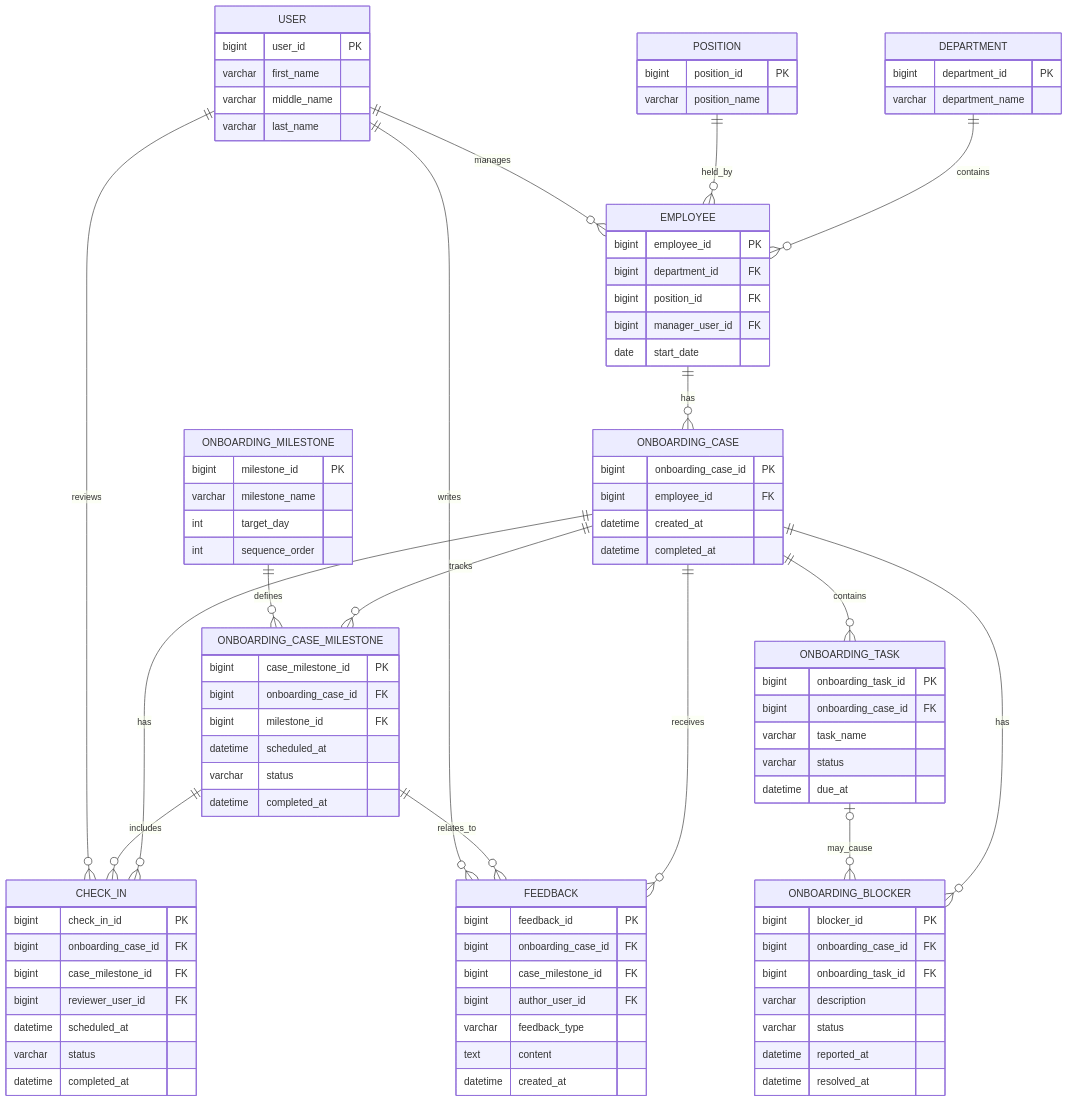
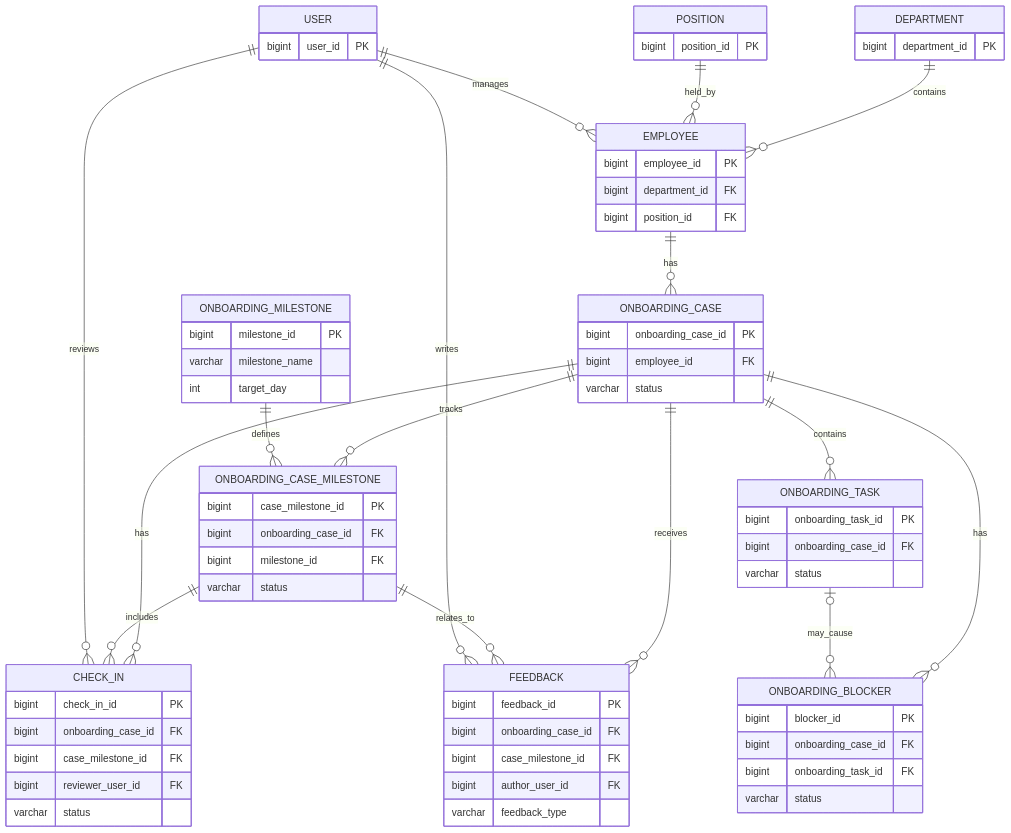
Before and after one commit to Huy1801214/HR: the eighth of 8 diagrams in docs/README.md, drawn with Mermaid. The commit also changed other lines of this file and 1 other file, not shown here.

Commit message:
add onboarding documentation with architectural diagrams and ERDs

````diff
--- a/docs/README.md
+++ b/docs/README.md
@@ -701,50 +601,39 @@
 
     DEPARTMENT {
         bigint department_id PK
-        varchar department_name
     }
 
     POSITION {
         bigint position_id PK
-        varchar position_name
     }
 
     USER {
         bigint user_id PK
-        varchar first_name
-        varchar middle_name
-        varchar last_name
     }
 
     EMPLOYEE {
         bigint employee_id PK
         bigint department_id FK
         bigint position_id FK
-        bigint manager_user_id FK
-        date start_date
     }
 
     ONBOARDING_CASE {
         bigint onboarding_case_id PK
         bigint employee_id FK
-        datetime created_at
-        datetime completed_at
+        varchar status
     }
 
     ONBOARDING_MILESTONE {
         bigint milestone_id PK
         varchar milestone_name
         int target_day
-        int sequence_order
     }
 
     ONBOARDING_CASE_MILESTONE {
         bigint case_milestone_id PK
         bigint onboarding_case_id FK
         bigint milestone_id FK
-        datetime scheduled_at
         varchar status
-        datetime completed_at
     }
 
     CHECK_IN {
@@ -752,9 +641,7 @@
         bigint onboarding_case_id FK
         bigint case_milestone_id FK
         bigint reviewer_user_id FK
-        datetime scheduled_at
         varchar status
-        datetime completed_at
     }
 
     FEEDBACK {
@@ -763,55 +650,34 @@
         bigint case_milestone_id FK
         bigint author_user_id FK
         varchar feedback_type
-        text content
-        datetime created_at
     }
 
     ONBOARDING_TASK {
         bigint onboarding_task_id PK
         bigint onboarding_case_id FK
-        varchar task_name
         varchar status
-        datetime due_at
     }
 
     ONBOARDING_BLOCKER {
         bigint blocker_id PK
         bigint onboarding_case_id FK
         bigint onboarding_task_id FK
-        varchar description
         varchar status
-        datetime reported_at
-        datetime resolved_at
     }
 
     DEPARTMENT ||--o{ EMPLOYEE : contains
-
     POSITION ||--o{ EMPLOYEE : held_by
-
     USER ||--o{ EMPLOYEE : manages
-
     EMPLOYEE ||--o{ ONBOARDING_CASE : has
-
     ONBOARDING_CASE ||--o{ ONBOARDING_CASE_MILESTONE : tracks
-
     ONBOARDING_MILESTONE ||--o{ ONBOARDING_CASE_MILESTONE : defines
-
     ONBOARDING_CASE ||--o{ CHECK_IN : has
-
     ONBOARDING_CASE_MILESTONE ||--o{ CHECK_IN : includes
-
     USER ||--o{ CHECK_IN : reviews
-
     ONBOARDING_CASE ||--o{ FEEDBACK : receives
-
     ONBOARDING_CASE_MILESTONE ||--o{ FEEDBACK : relates_to
-
     USER ||--o{ FEEDBACK : writes
-
     ONBOARDING_CASE ||--o{ ONBOARDING_TASK : contains
-
     ONBOARDING_CASE ||--o{ ONBOARDING_BLOCKER : has
-
     ONBOARDING_TASK o|--o{ ONBOARDING_BLOCKER : may_cause
 ```
````
